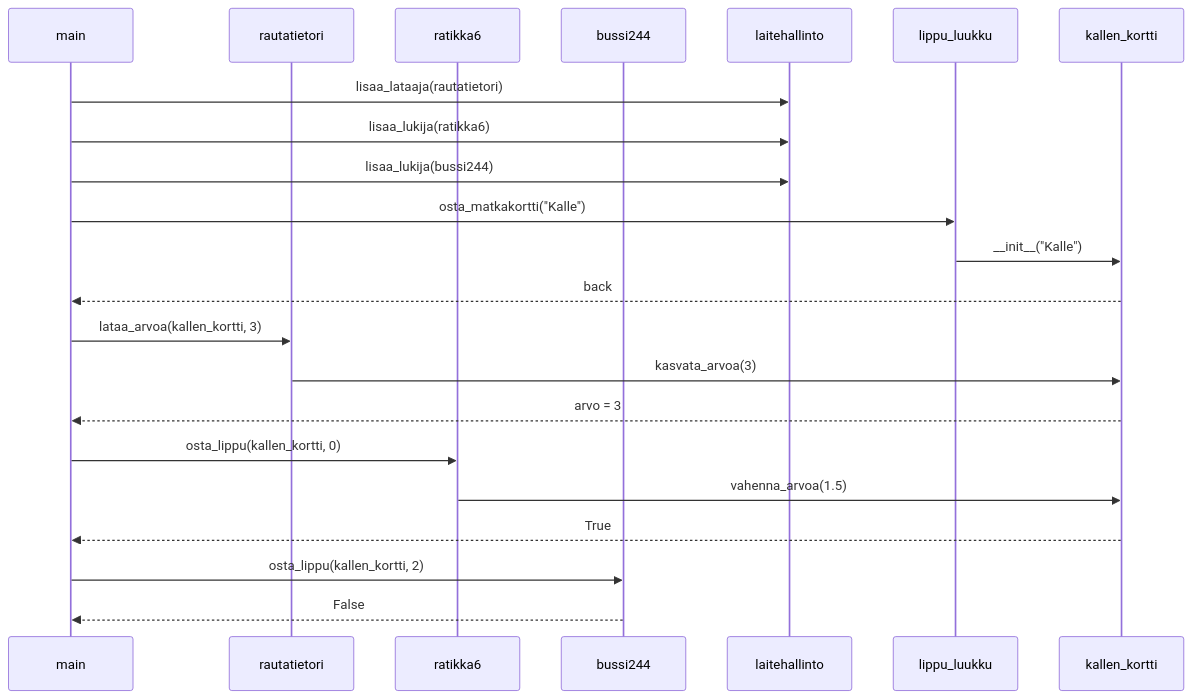
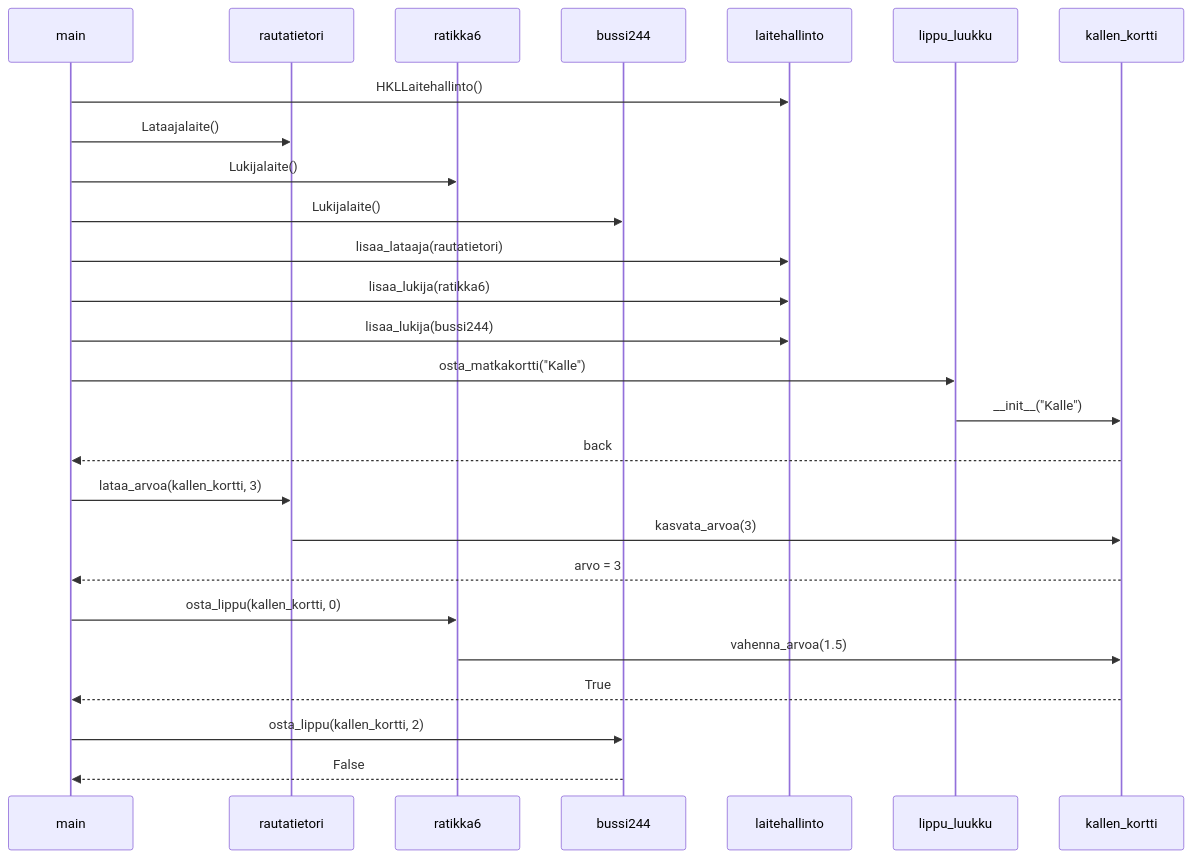
Before and after one commit to ThomasGrundstrom/ot-harjoitustyo: the diagram in laskarit/viikko3/tehtava4.md, drawn with Mermaid.

Commit message:
viikko 3 tehtävä 4

````diff
--- a/laskarit/viikko3/tehtava4.md
+++ b/laskarit/viikko3/tehtava4.md
@@ -1,23 +1,27 @@
 ```mermaid
  sequenceDiagram
 	participant main
 	participant rautatietori
 	participant ratikka6
 	participant bussi244
+	main->>laitehallinto: HKLLaitehallinto()
+	main->>rautatietori: Lataajalaite()
+	main->>ratikka6: Lukijalaite()
+	main->>bussi244: Lukijalaite()
 	main->>laitehallinto: lisaa_lataaja(rautatietori)
 	main->>laitehallinto: lisaa_lukija(ratikka6)
 	main->>laitehallinto: lisaa_lukija(bussi244)
 	participant lippu_luukku
 	main->>lippu_luukku: osta_matkakortti("Kalle")
 	lippu_luukku->>kallen_kortti: __init__("Kalle")
 	kallen_kortti-->>main: back
 	main->>rautatietori: lataa_arvoa(kallen_kortti, 3)
 	rautatietori->>kallen_kortti: kasvata_arvoa(3)
 	kallen_kortti-->>main: arvo = 3
 	main->>ratikka6: osta_lippu(kallen_kortti, 0)
 	ratikka6->>kallen_kortti: vahenna_arvoa(1.5)
 	kallen_kortti-->>main: True
 	main->>bussi244: osta_lippu(kallen_kortti, 2)
 	bussi244-->>main: False
 
 ```
````
